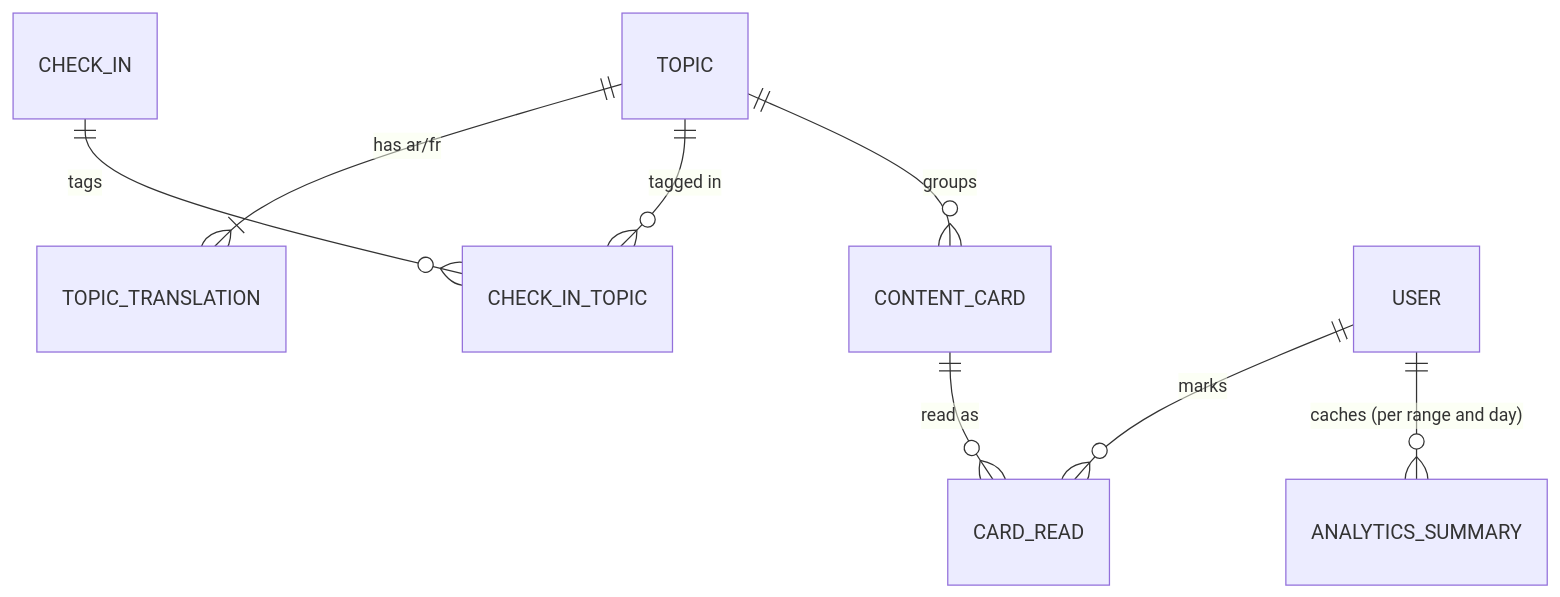
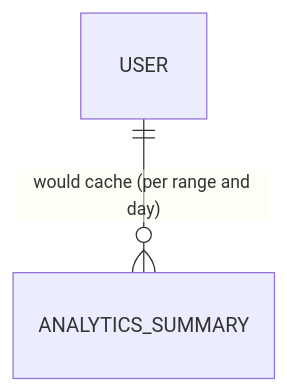
One commit to meriemchebab/Rahati changed the fourth of 10 diagrams in README.md. Above: the diagram before and after it, drawn with Mermaid. The commit also changed other lines of this file, not shown here.

````diff
--- a/README.md
+++ b/README.md
@@ -216,10 +242,4 @@
 ```mermaid
 erDiagram
-  TOPIC ||--|{ TOPIC_TRANSLATION : "has ar/fr"
-  CHECK_IN ||--o{ CHECK_IN_TOPIC : tags
-  TOPIC ||--o{ CHECK_IN_TOPIC : "tagged in"
-  TOPIC ||--o{ CONTENT_CARD : groups
-  USER ||--o{ CARD_READ : marks
-  CONTENT_CARD ||--o{ CARD_READ : "read as"
-  USER ||--o{ ANALYTICS_SUMMARY : "caches (per range and day)"
+  USER ||--o{ ANALYTICS_SUMMARY : "would cache (per range and day)"
 ```
````
